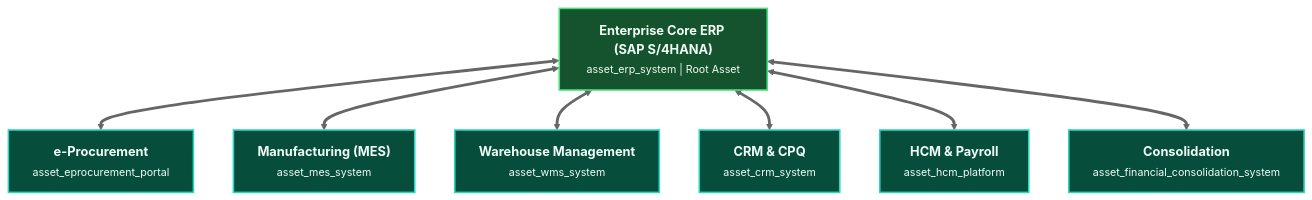
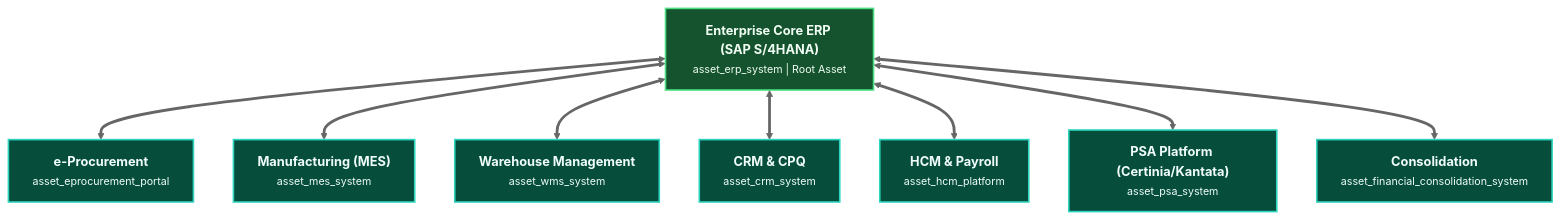
One commit to GeorgeYinDev/ValueChainModel changed the second of 2 diagrams in docs/architecture/enterprise-value-chain-architecture.md. Above: the diagram before and after it, drawn with Mermaid (neutral theme). The commit also changed other lines of this file and 5 other files, not shown here.

````diff
--- a/docs/architecture/enterprise-value-chain-architecture.md
+++ b/docs/architecture/enterprise-value-chain-architecture.md
@@ -108,21 +128,23 @@
 ```mermaid
 flowchart TD
   classDef core fill:#14532d,stroke:#4ade80,stroke-width:2px,color:#f0fdf4;
   classDef sub fill:#064e3b,stroke:#2dd4bf,stroke-width:2px,color:#f0fdfa;
 
   ERP["<b>Enterprise Core ERP (SAP S/4HANA)</b><br/><small>asset_erp_system | Root Asset</small>"]:::core
   
   PORTAL["<b>e-Procurement</b><br/><small>asset_eprocurement_portal</small>"]:::sub
   MES["<b>Manufacturing (MES)</b><br/><small>asset_mes_system</small>"]:::sub
   WMS["<b>Warehouse Management</b><br/><small>asset_wms_system</small>"]:::sub
   CRM["<b>CRM & CPQ</b><br/><small>asset_crm_system</small>"]:::sub
   HCM["<b>HCM & Payroll</b><br/><small>asset_hcm_platform</small>"]:::sub
+  PSA["<b>PSA Platform (Certinia/Kantata)</b><br/><small>asset_psa_system</small>"]:::sub
   CONSOL["<b>Consolidation</b><br/><small>asset_financial_consolidation_system</small>"]:::sub
 
   ERP <==> PORTAL
   ERP <==> MES
   ERP <==> WMS
   ERP <==> CRM
   ERP <==> HCM
+  ERP <==> PSA
   ERP <==> CONSOL
 ```
````
